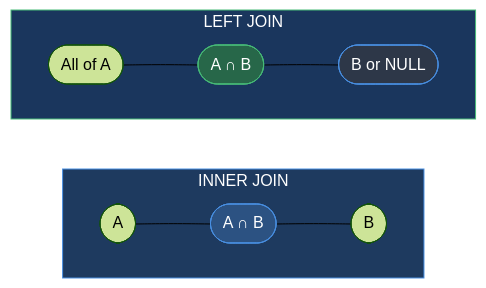
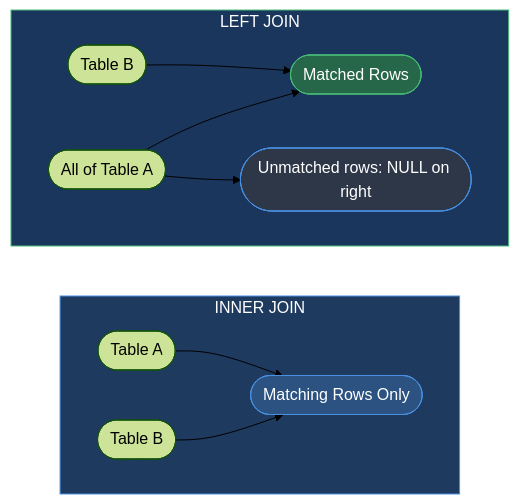
Diagram 16 of 39 in index.md (kintsugi-programmer/kintsugi-stack-dbms), drawn with Mermaid (forest theme) before and after one commit. The commit also changed other lines of this file, not shown here.

````diff
--- a/index.md
+++ b/index.md
@@ -898,16 +901,19 @@
 ```mermaid
 flowchart LR
     subgraph IJ["INNER JOIN"]
         direction LR
-        LA([A]) --- AB([A ∩ B]) --- LB([B])
+        LA([Table A]) --> AB([Matching Rows Only])
+        LB([Table B]) --> AB
     end
     subgraph LJ["LEFT JOIN"]
         direction LR
-        LL(["All of A"]) --- LJ2(["A ∩ B"]) --- LN(["B or NULL"])
+        LL([All of Table A]) --> LJ2([Matched Rows])
+        LL --> LN([Unmatched rows: NULL on right])
+        LB2([Table B]) --> LJ2
     end
     style IJ fill:#1e3a5f,stroke:#4a90e2,color:#fff
     style LJ fill:#1a365d,stroke:#48bb78,color:#fff
     style AB fill:#2c5282,stroke:#4a90e2,color:#fff
     style LJ2 fill:#276749,stroke:#48bb78,color:#fff
     style LN fill:#2d3748,stroke:#4a90e2,color:#fff
 ```
````
